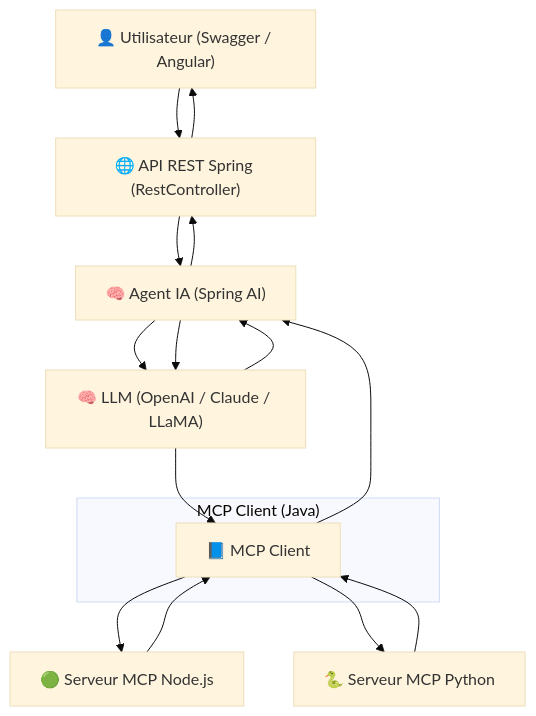
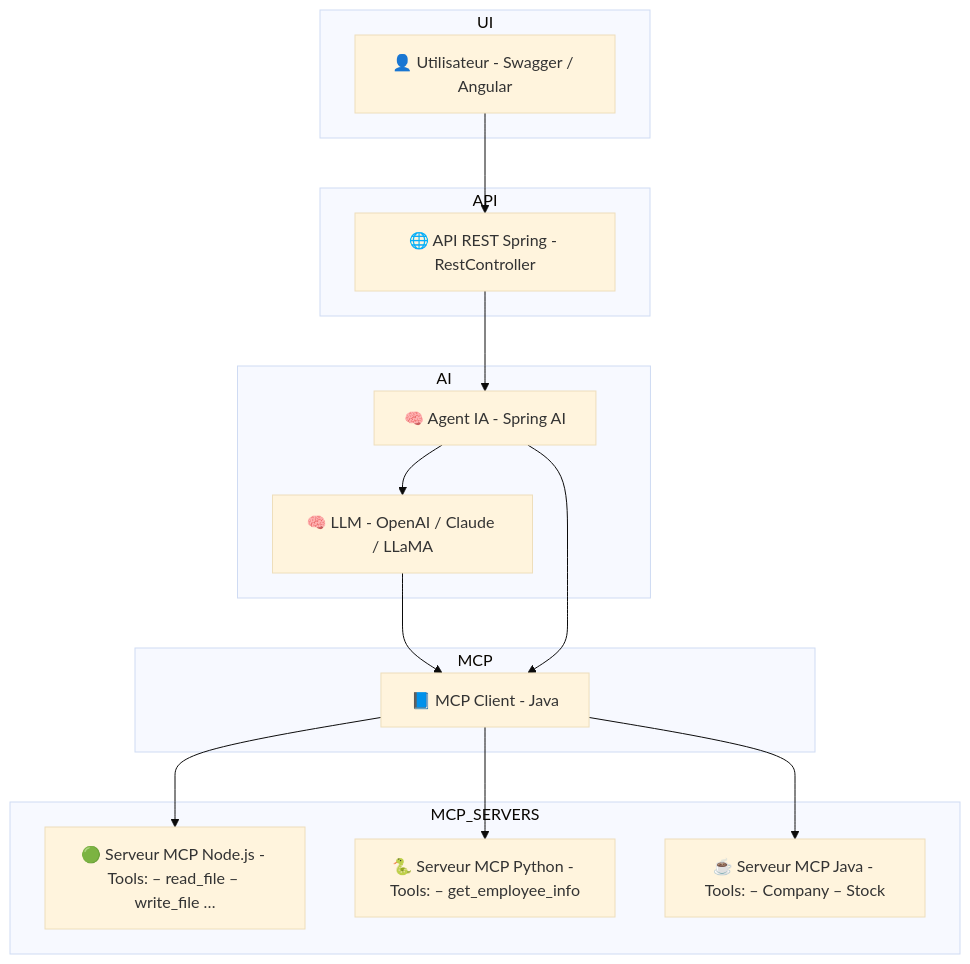
The second of 2 diagrams in README.md (AI-trainings/mcp-agentic-ai), drawn with Mermaid (base theme) before and after one commit. The commit also changed other lines of this file, not shown here.

````diff
--- a/README.md
+++ b/README.md
@@ -85,22 +85,34 @@
 ```mermaid
 flowchart TD
-    A["👤 Utilisateur (Swagger / Angular)"] --> B["🌐 API REST Spring (RestController)"]
-    B --> C["🧠 Agent IA (Spring AI)"]
-    C --> D["🧠 LLM (OpenAI / Claude / LLaMA)"]
-
-    subgraph "MCP Client (Java)"
-        E["📘 MCP Client"]
+    subgraph UI
+        A[👤 Utilisateur - Swagger / Angular]
     end
 
+    subgraph API
+        B[🌐 API REST Spring - RestController]
+    end
+
+    subgraph AI
+        C[🧠 Agent IA - Spring AI]
+        D[🧠 LLM - OpenAI / Claude / LLaMA]
+    end
+
+    subgraph MCP
+        E[📘 MCP Client - Java]
+    end
+
+    subgraph MCP_SERVERS
+        F[🟢 Serveur MCP Node.js - Tools: – read_file – write_file …]
+        G[🐍 Serveur MCP Python - Tools: – get_employee_info]
+        H[☕ Serveur MCP Java - Tools: – Company – Stock]
+    end
+
+    A --> B
+    B --> C
+    C --> D
     D --> E
-    E --> F1["🟢 Serveur MCP Node.js"]
-    E --> F2["🐍 Serveur MCP Python"]
-
-    F1 --> E
-    F2 --> E
-    E --> C
-    C --> D
-    D --> C
-    C --> B
-    B --> A
+    C --> E
+    E --> F
+    E --> G
+    E --> H
 ```
````
